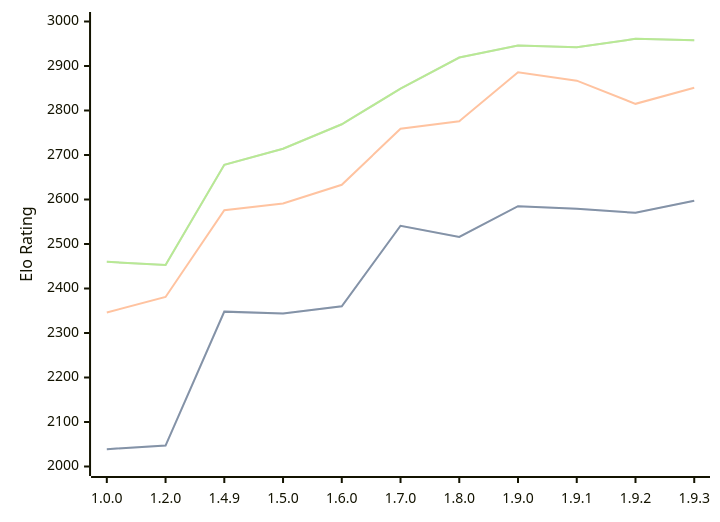
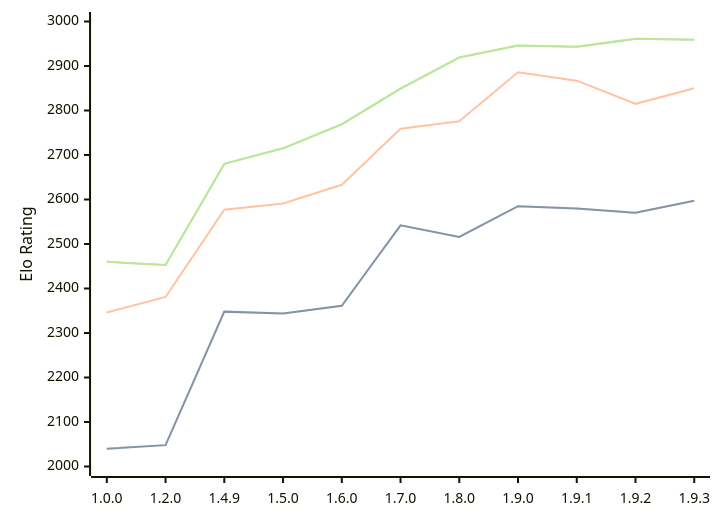
The diagram in engines/Basilisk.md (computer-chess-index/cci), drawn with Mermaid before and after one commit. The commit also changed other lines of this file, not shown here.

Commit message:
Update CCI Ratings (ELO VLTC) - 2026-08-25

````diff
--- a/engines/Basilisk.md
+++ b/engines/Basilisk.md
@@ -54,11 +54,11 @@
 ```mermaid
 %%{init: {"theme":"base","themeVariables":{"seriesColors:['#a3a3a3','#222221','#faa371']}}}%%
 xychart-beta
   x-axis ["1.0.0", "1.2.0", "1.4.9", "1.5.0", "1.6.0", "1.7.0", "1.8.0", "1.9.0", "1.9.1", "1.9.2", "1.9.3"]
   y-axis "Elo Rating" 2000 --> 3000
-  line "STC (8.0+0.08s)" [2039, 2047, 2348, 2344, 2360, 2541, 2516, 2585, 2579, 2570, 2597]
-  line "STC (8.0+0.08s)" [2039, 2047, 2348, 2344, 2360, 2541, 2516, 2585, 2579, 2570, 2597]
-  line "LTC (60.0+0.60s)" [2346, 2381, 2576, 2591, 2633, 2759, 2776, 2886, 2867, 2815, 2851]
-  line "VLTC (2m24s+1.12s)" [2460, 2453, 2678, 2714, 2769, 2849, 2919, 2946, 2942, 2961, 2958]
-  line "VLTC (2m24s+1.12s)" [2460, 2453, 2678, 2714, 2769, 2849, 2919, 2946, 2942, 2961, 2958]
+  line "STC (8.0+0.08s)" [2040, 2048, 2348, 2344, 2361, 2542, 2516, 2585, 2580, 2570, 2597]
+  line "STC (8.0+0.08s)" [2040, 2048, 2348, 2344, 2361, 2542, 2516, 2585, 2580, 2570, 2597]
+  line "LTC (60.0+0.60s)" [2346, 2381, 2577, 2591, 2633, 2759, 2776, 2886, 2867, 2815, 2850]
+  line "VLTC (2m24s+1.12s)" [2460, 2453, 2680, 2715, 2769, 2849, 2919, 2946, 2943, 2961, 2959]
+  line "VLTC (2m24s+1.12s)" [2460, 2453, 2680, 2715, 2769, 2849, 2919, 2946, 2943, 2961, 2959]
 ```
````
